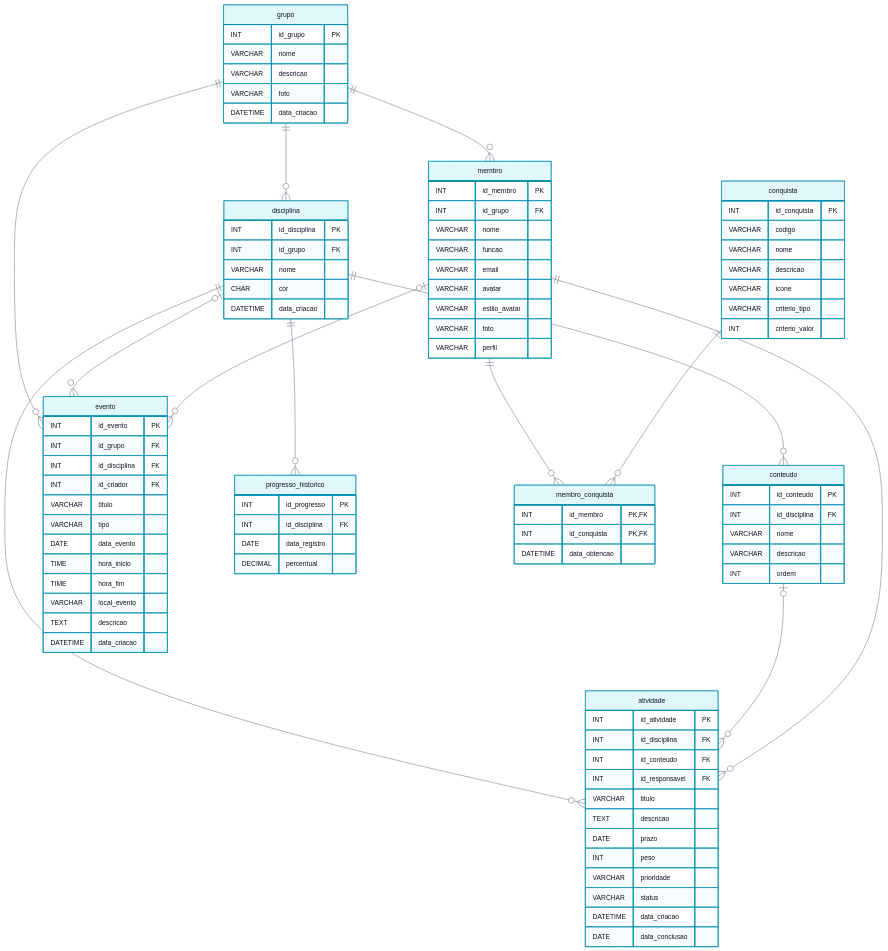
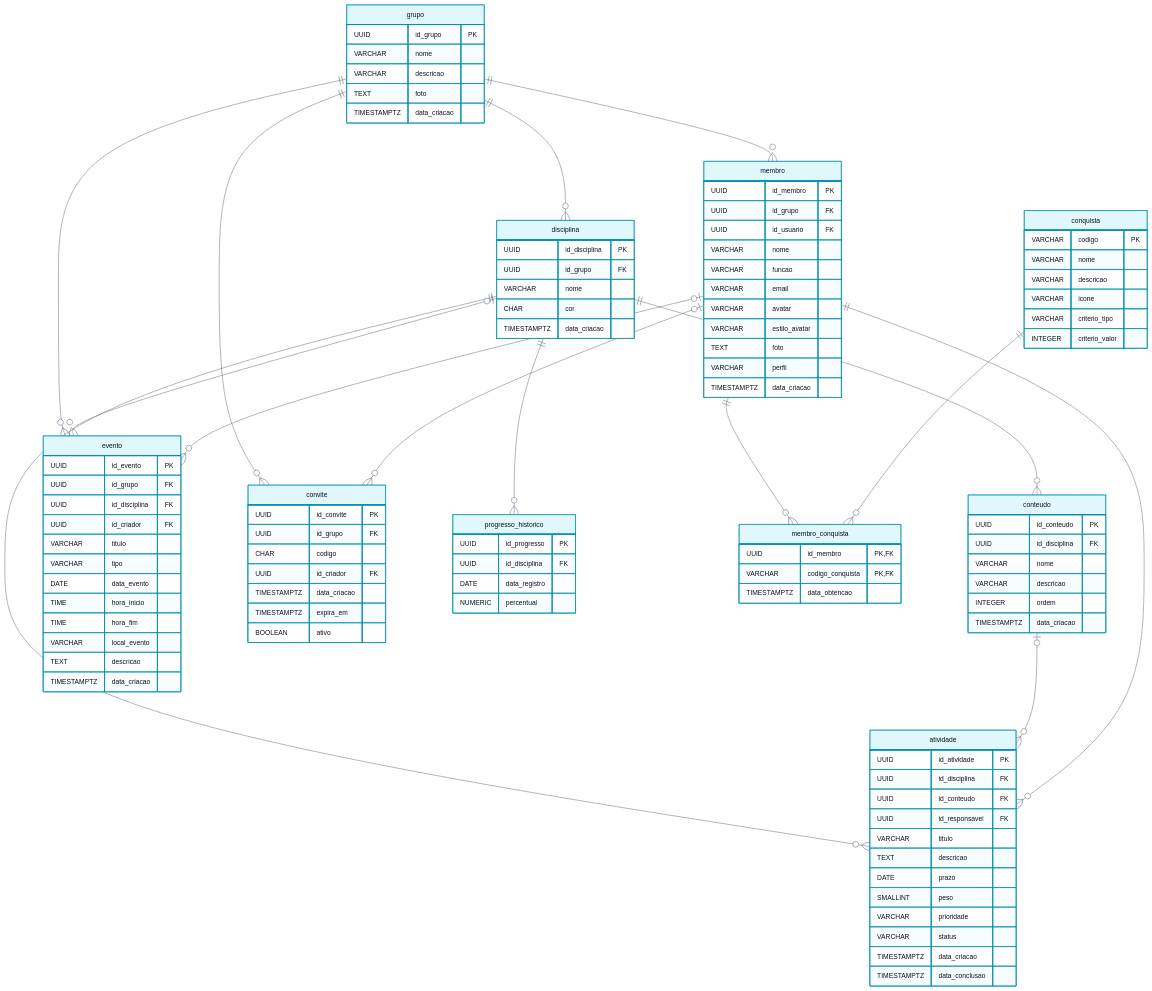
Before and after one commit to dedeyfogaca/equipe7-vertice: the diagram in banco-de-dados/02-modelo-logico.md, drawn with Mermaid. The commit also changed other lines of this file and 7 other files, not shown here.

```diff
--- a/banco-de-dados/02-modelo-logico.md
+++ b/banco-de-dados/02-modelo-logico.md
@@ -15,61 +15,64 @@
 %%{init: {"theme": "base", "fontFamily": "Space Grotesk", "themeVariables": {"fontFamily": "Space Grotesk, Segoe UI, sans-serif", "fontSize": "14px", "primaryColor": "#E0F7FC", "primaryTextColor": "#0B1220", "primaryBorderColor": "#0891B2", "lineColor": "#5B6678", "attributeBackgroundColorOdd": "#FFFFFF", "attributeBackgroundColorEven": "#F5F7FC", "nodeBorder": "#0891B2", "mainBkg": "#E0F7FC", "textColor": "#0B1220", "titleColor": "#0E7490"}, "er": {"diagramPadding": 24, "entityPadding": 16, "minEntityWidth": 150}}}%%
 erDiagram
     grupo {
-        INT id_grupo PK
+        UUID id_grupo PK
         VARCHAR nome
         VARCHAR descricao
-        VARCHAR foto
-        DATETIME data_criacao
+        TEXT foto
+        TIMESTAMPTZ data_criacao
     }
 
     membro {
-        INT id_membro PK
-        INT id_grupo FK
+        UUID id_membro PK
+        UUID id_grupo FK
+        UUID id_usuario FK
         VARCHAR nome
         VARCHAR funcao
         VARCHAR email
         VARCHAR avatar
         VARCHAR estilo_avatar
-        VARCHAR foto
+        TEXT foto
         VARCHAR perfil
+        TIMESTAMPTZ data_criacao
     }
 
     disciplina {
-        INT id_disciplina PK
-        INT id_grupo FK
+        UUID id_disciplina PK
+        UUID id_grupo FK
         VARCHAR nome
         CHAR cor
-        DATETIME data_criacao
+        TIMESTAMPTZ data_criacao
     }
 
     conteudo {
-        INT id_conteudo PK
-        INT id_disciplina FK
+        UUID id_conteudo PK
+        UUID id_disciplina FK
         VARCHAR nome
         VARCHAR descricao
-        INT ordem
+        INTEGER ordem
+        TIMESTAMPTZ data_criacao
     }
 
     atividade {
-        INT id_atividade PK
-        INT id_disciplina FK
-        INT id_conteudo FK
-        INT id_responsavel FK
+        UUID id_atividade PK
+        UUID id_disciplina FK
+        UUID id_conteudo FK
+        UUID id_responsavel FK
         VARCHAR titulo
         TEXT descricao
         DATE prazo
-        INT peso
+        SMALLINT peso
         VARCHAR prioridade
         VARCHAR status
-        DATETIME data_criacao
-        DATE data_conclusao
+        TIMESTAMPTZ data_criacao
+        TIMESTAMPTZ data_conclusao
     }
 
     evento {
-        INT id_evento PK
-        INT id_grupo FK
-        INT id_disciplina FK
-        INT id_criador FK
+        UUID id_evento PK
+        UUID id_grupo FK
+        UUID id_disciplina FK
+        UUID id_criador FK
         VARCHAR titulo
         VARCHAR tipo
         DATE data_evento
@@ -77,30 +80,39 @@
         TIME hora_fim
         VARCHAR local_evento
         TEXT descricao
-        DATETIME data_criacao
+        TIMESTAMPTZ data_criacao
+    }
+
+    convite {
+        UUID id_convite PK
+        UUID id_grupo FK
+        CHAR codigo
+        UUID id_criador FK
+        TIMESTAMPTZ data_criacao
+        TIMESTAMPTZ expira_em
+        BOOLEAN ativo
     }
 
     progresso_historico {
-        INT id_progresso PK
-        INT id_disciplina FK
+        UUID id_progresso PK
+        UUID id_disciplina FK
         DATE data_registro
-        DECIMAL percentual
+        NUMERIC percentual
     }
 
     conquista {
-        INT id_conquista PK
-        VARCHAR codigo
+        VARCHAR codigo PK
         VARCHAR nome
         VARCHAR descricao
         VARCHAR icone
         VARCHAR criterio_tipo
-        INT criterio_valor
+        INTEGER criterio_valor
     }
 
     membro_conquista {
-        INT id_membro PK,FK
-        INT id_conquista PK,FK
-        DATETIME data_obtencao
+        UUID id_membro PK,FK
+        VARCHAR codigo_conquista PK,FK
+        TIMESTAMPTZ data_obtencao
     }
 
     grupo ||--o{ membro : ""
@@ -112,6 +124,8 @@
     grupo ||--o{ evento : ""
     disciplina |o--o{ evento : ""
     membro |o--o{ evento : ""
+    grupo ||--o{ convite : ""
+    membro |o--o{ convite : ""
     disciplina ||--o{ progresso_historico : ""
     membro ||--o{ membro_conquista : ""
     conquista ||--o{ membro_conquista : ""
```
